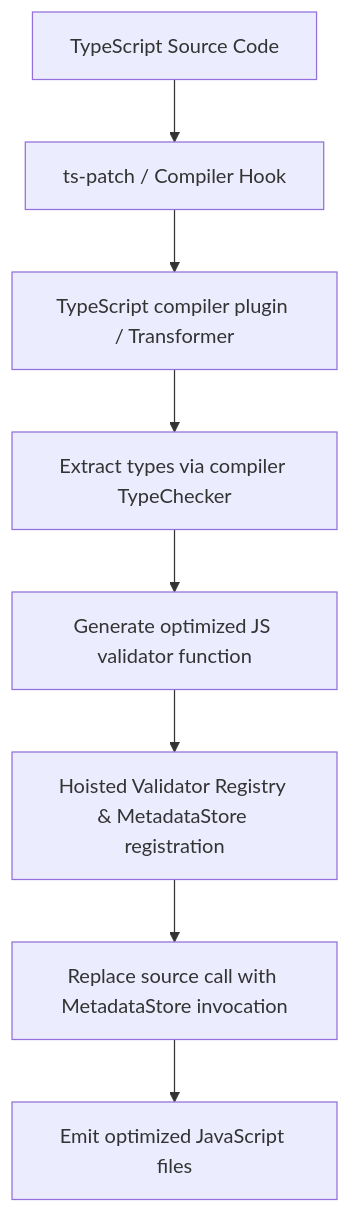
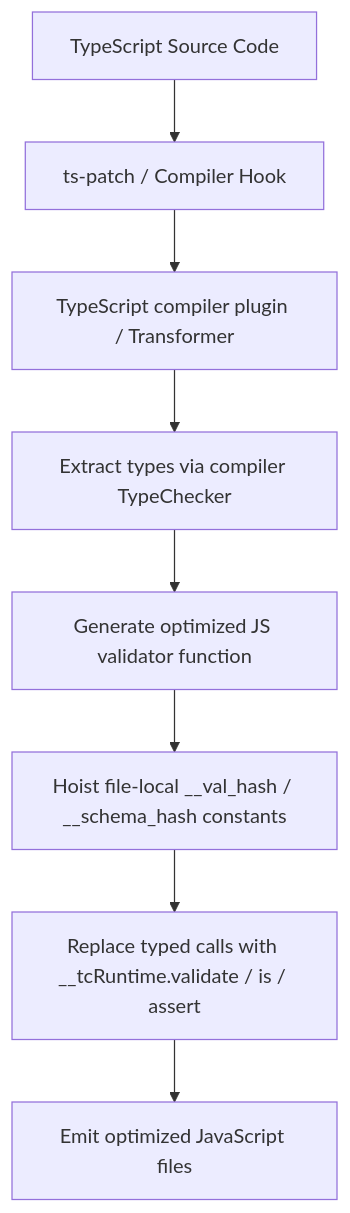
Before and after one commit to webergency-utils/typechecker: the diagram in README.md, drawn with Mermaid. The commit also changed other lines of this file and 28 other files, not shown here.

````diff
--- a/README.md
+++ b/README.md
@@ -99,10 +99,10 @@
 ```mermaid
 graph TD
     A[TypeScript Source Code] --> B[ts-patch / Compiler Hook]
     B --> C[TypeScript compiler plugin / Transformer]
     C --> D[Extract types via compiler TypeChecker]
     D --> E[Generate optimized JS validator function]
-    E --> F[Hoisted Validator Registry & MetadataStore registration]
-    F --> G[Replace source call with MetadataStore invocation]
+    E --> F[Hoist file-local __val_hash / __schema_hash constants]
+    F --> G[Replace typed calls with __tcRuntime.validate / is / assert]
     G --> H[Emit optimized JavaScript files]
 ```
````
